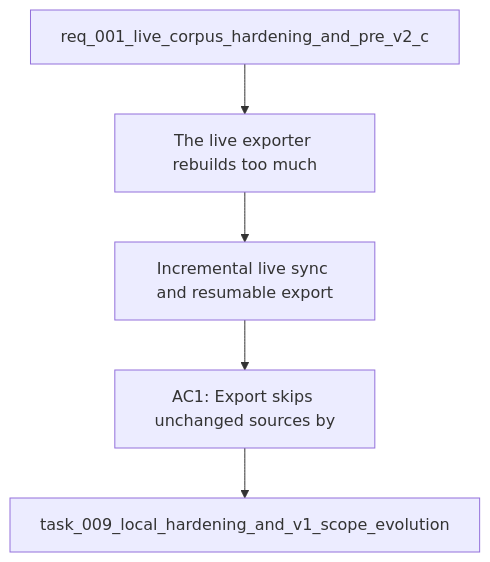
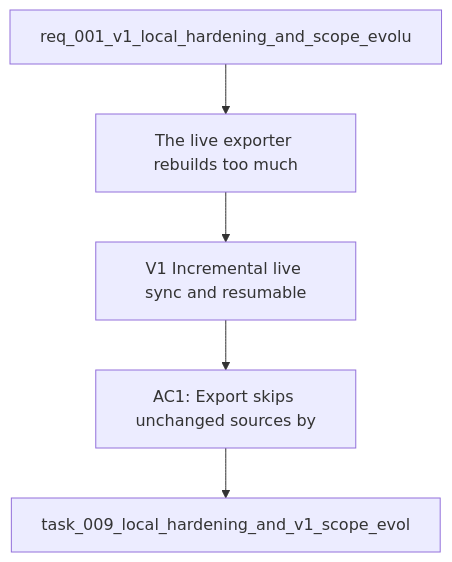
The diagram in logics/backlog/item_014_v1_incremental_live_sync_and_resumable_export.md (AlexAgo83/deepvault), drawn with Mermaid before and after one commit. The commit also changed 28 other files, not shown here.

Commit message:
chore: sync corpus and logics docs

````diff
--- a/logics/backlog/item_014_v1_incremental_live_sync_and_resumable_export.md
+++ b/logics/backlog/item_014_v1_incremental_live_sync_and_resumable_export.md
@@ -22,9 +22,9 @@
 ```mermaid
 %% logics-kind: backlog
 %% logics-signature: backlog|v1-incremental-live-sync-and-resumable-e|req-001-v1-local-hardening-and-scope-evo|the-live-exporter-rebuilds-too-much|ac1-export-skips-unchanged-sources-by
 flowchart TD
-    Request[req_001_live_corpus_hardening_and_pre_v2_c] --> Problem[The live exporter rebuilds too much]
-    Problem --> Scope[Incremental live sync and resumable export]
+    Request[req_001_v1_local_hardening_and_scope_evolu] --> Problem[The live exporter rebuilds too much]
+    Problem --> Scope[V1 Incremental live sync and resumable]
     Scope --> Acceptance[AC1: Export skips unchanged sources by]
-    Acceptance --> Tasks[task_009_local_hardening_and_v1_scope_evolution]
+    Acceptance --> Tasks[task_009_local_hardening_and_v1_scope_evol]
 ```
````
